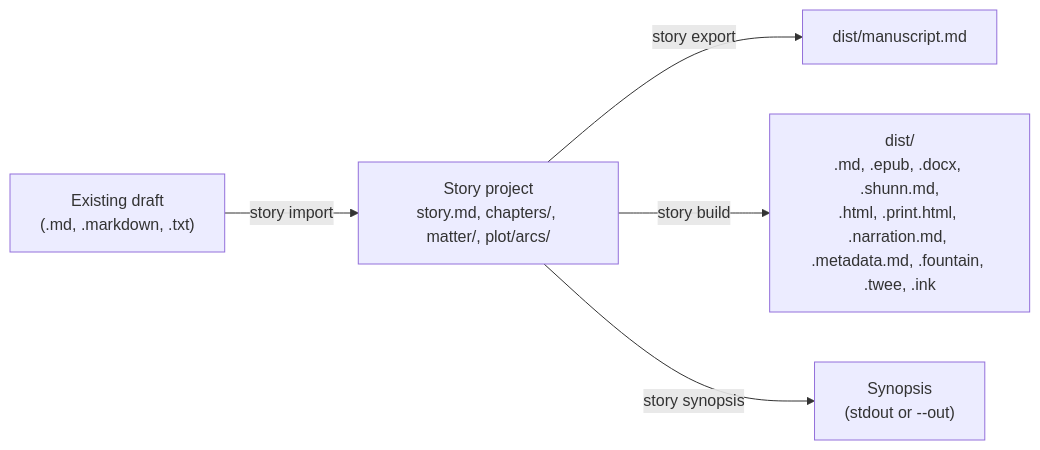
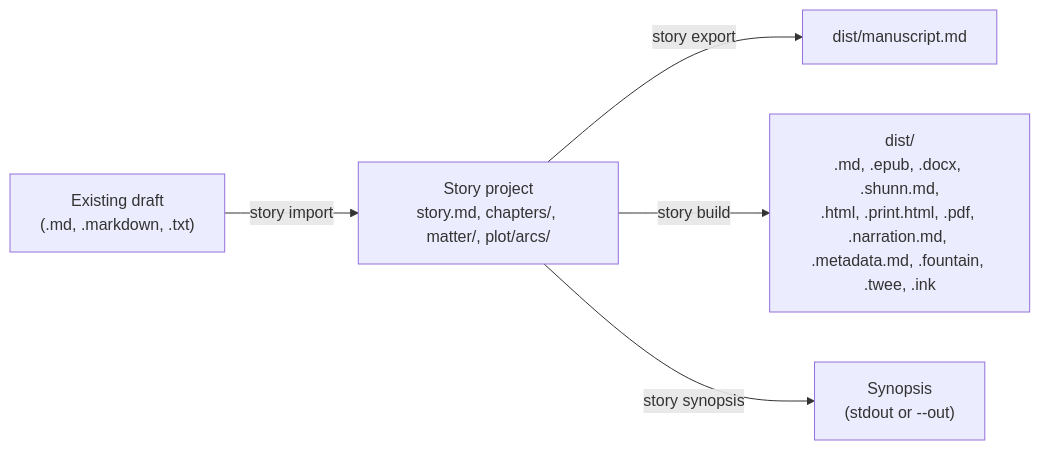
Before and after one commit to danjdewhurst/story-skills: the diagram in docs/manuscripts.md, drawn with Mermaid. The commit also changed other lines of this file and 19 other files, not shown here.

First line of the commit message:
feat: render print and Shunn builds to PDF with an installed engine

````diff
--- a/docs/manuscripts.md
+++ b/docs/manuscripts.md
@@ -29,7 +29,7 @@
 ```mermaid
 flowchart LR
   draft["Existing draft<br/>(.md, .markdown, .txt)"] -->|story import| project["Story project<br/>story.md, chapters/, matter/, plot/arcs/"]
   project -->|story export| manuscript["dist/manuscript.md"]
-  project -->|story build| dist["dist/<br/>.md, .epub, .docx, .shunn.md,<br/>.html, .print.html, .narration.md, .metadata.md, .fountain, .twee, .ink"]
+  project -->|story build| dist["dist/<br/>.md, .epub, .docx, .shunn.md,<br/>.html, .print.html, .pdf, .narration.md, .metadata.md, .fountain, .twee, .ink"]
   project -->|story synopsis| synopsis["Synopsis<br/>(stdout or --out)"]
 ```
````
